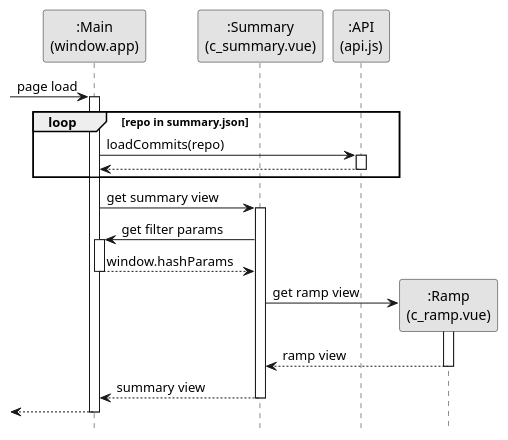
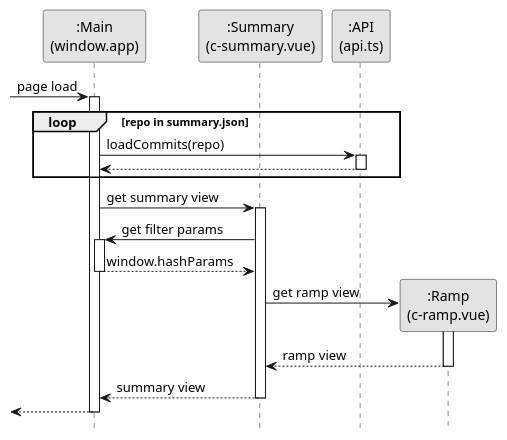
Before and after one commit to reposense/RepoSense: the diagram in docs/diagrams/ReportArchitectureSummary.puml, drawn with PlantUML. The commit also changed 3 other files, not shown here.

Commit message:
Update file names in .puml diagrams

```diff
--- a/docs/diagrams/ReportArchitectureSummary.puml
+++ b/docs/diagrams/ReportArchitectureSummary.puml
@@ -1,45 +1,45 @@
 @startuml
 hide footbox
 skinparam monochrome true
 skinparam Shadowing false
 
 Participant ":Main\n(window.app)" as main
-Participant ":Summary\n(c_summary.vue)" as summary
-Participant ":API\n(api.js)" as api
-Participant ":Ramp\n(c_ramp.vue)" as ramp
+Participant ":Summary\n(c-summary.vue)" as summary
+Participant ":API\n(api.ts)" as api
+Participant ":Ramp\n(c-ramp.vue)" as ramp
 
 -> main : page load
 activate main
 
 loop repo in summary.json
 
 main -> api : loadCommits(repo)
 activate api
 
 api --> main
 deactivate api
 
 end
 
 main -> summary : get summary view
 activate summary
 
 summary -> main : get filter params
 activate main
 
 main --> summary : window.hashParams
 deactivate main
 
 create ramp
 summary -> ramp : get ramp view
 activate ramp
 
 ramp --> summary : ramp view
 deactivate ramp
 
 summary --> main : summary view
 deactivate summary
 
 <-- main
 deactivate main
 @enduml
```
